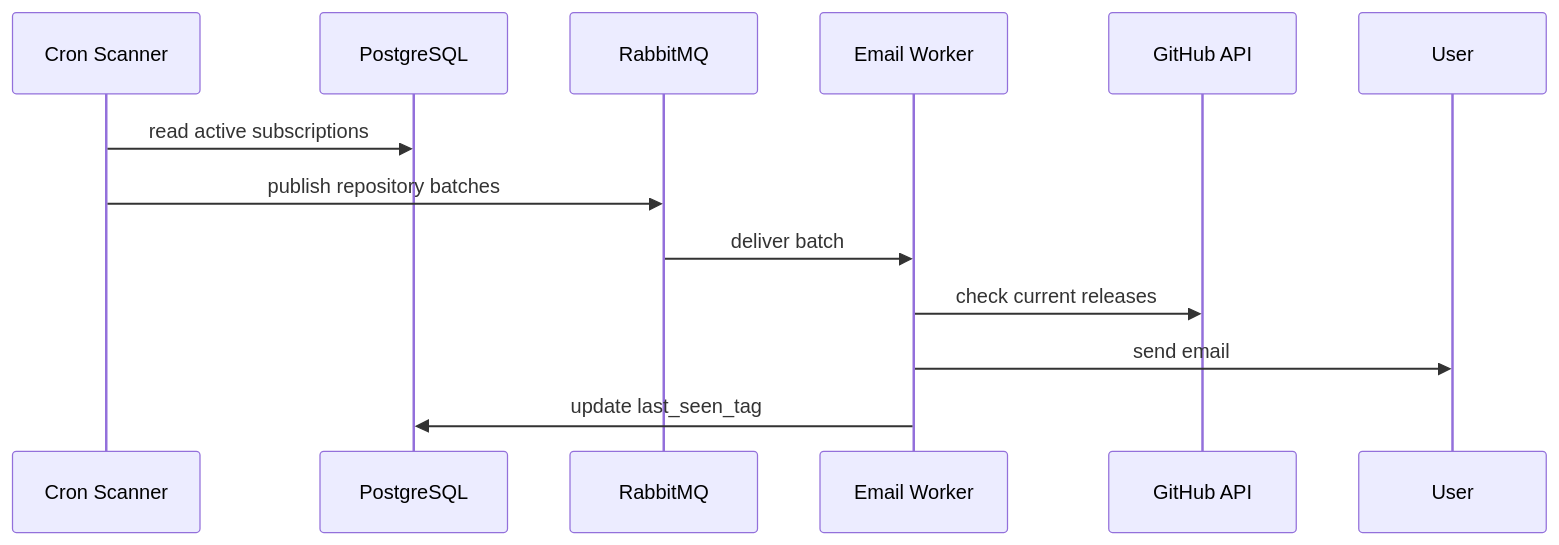
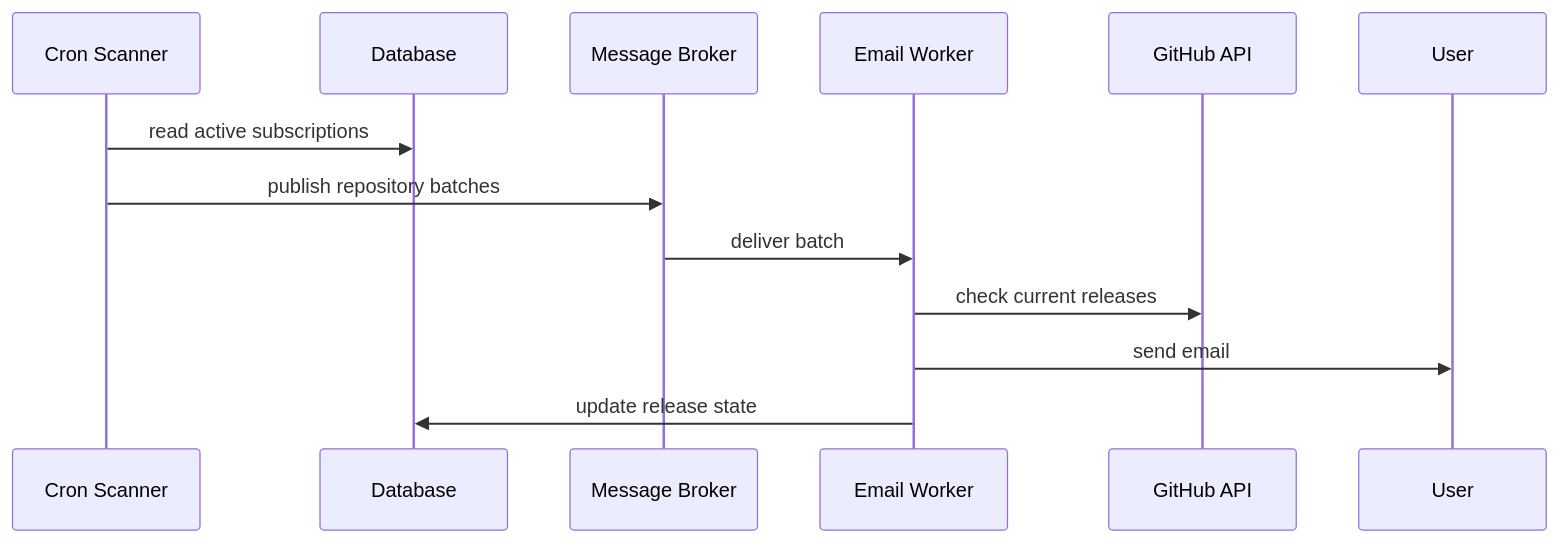
Before and after one commit to GenesisEducationKyiv/software-engineering-school-6-0-alinaa36: the third of 3 diagrams in git-release-notifier-be/docs/system-design.md, drawn with Mermaid. The commit also changed other lines of this file and 1 other file, not shown here.

````diff
--- a/git-release-notifier-be/docs/system-design.md
+++ b/git-release-notifier-be/docs/system-design.md
@@ -175,9 +174,9 @@
 ```mermaid
 sequenceDiagram
-    Cron Scanner->>PostgreSQL: read active subscriptions
-    Cron Scanner->>RabbitMQ: publish repository batches
-    RabbitMQ->>Email Worker: deliver batch
+    Cron Scanner->>Database: read active subscriptions
+    Cron Scanner->>Message Broker: publish repository batches
+    Message Broker->>Email Worker: deliver batch
     Email Worker->>GitHub API: check current releases
     Email Worker->>User: send email
-    Email Worker->>PostgreSQL: update last_seen_tag
+    Email Worker->>Database: update release state
 ```
````
